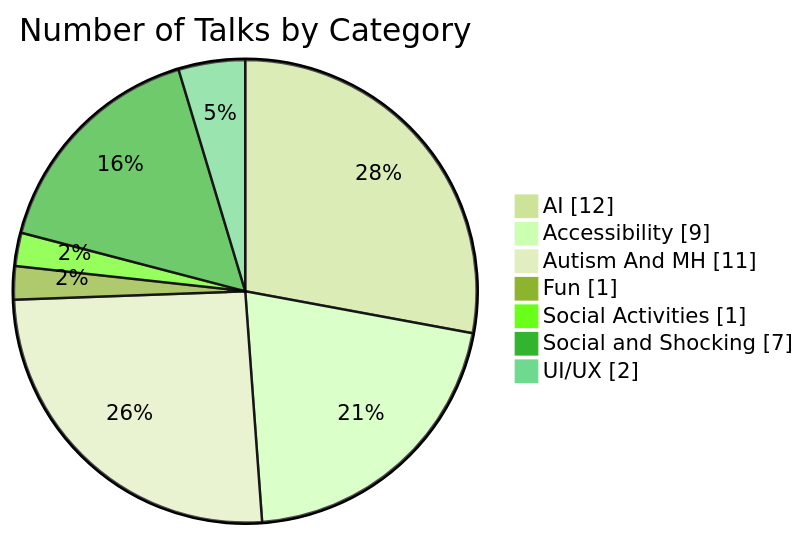
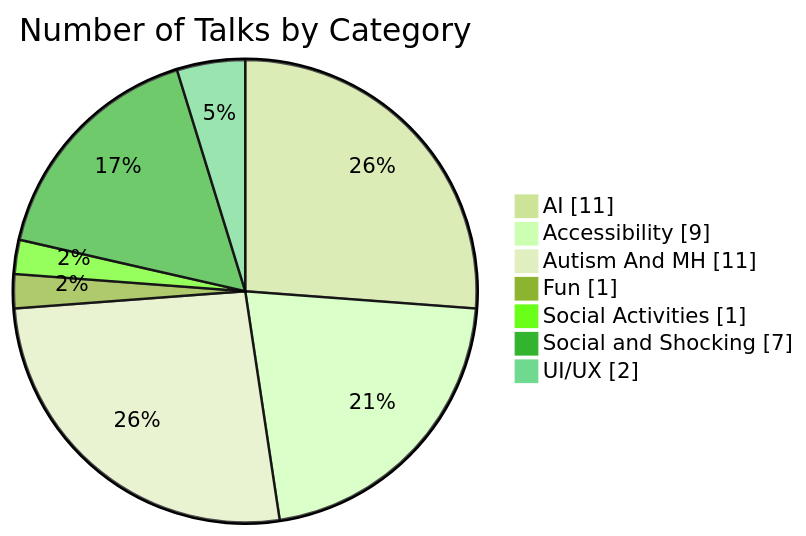
One commit to DDSoftDennie/speaker changed the diagram in README.md. Above: the diagram before and after it, drawn with Mermaid (forest theme). The commit also changed other lines of this file and 1 other file, not shown here.

````diff
--- a/README.md
+++ b/README.md
@@ -15,11 +15,11 @@
 ```mermaid
 pie  showData
     title Number of Talks by Category
-    "AI" : 12
+    "AI" : 11
     "Accessibility" : 9
     "Autism And MH" : 11
     "Fun" : 1
     "Social Activities" : 1
     "Social and Shocking" : 7
     "UI/UX" : 2
 ```
````
